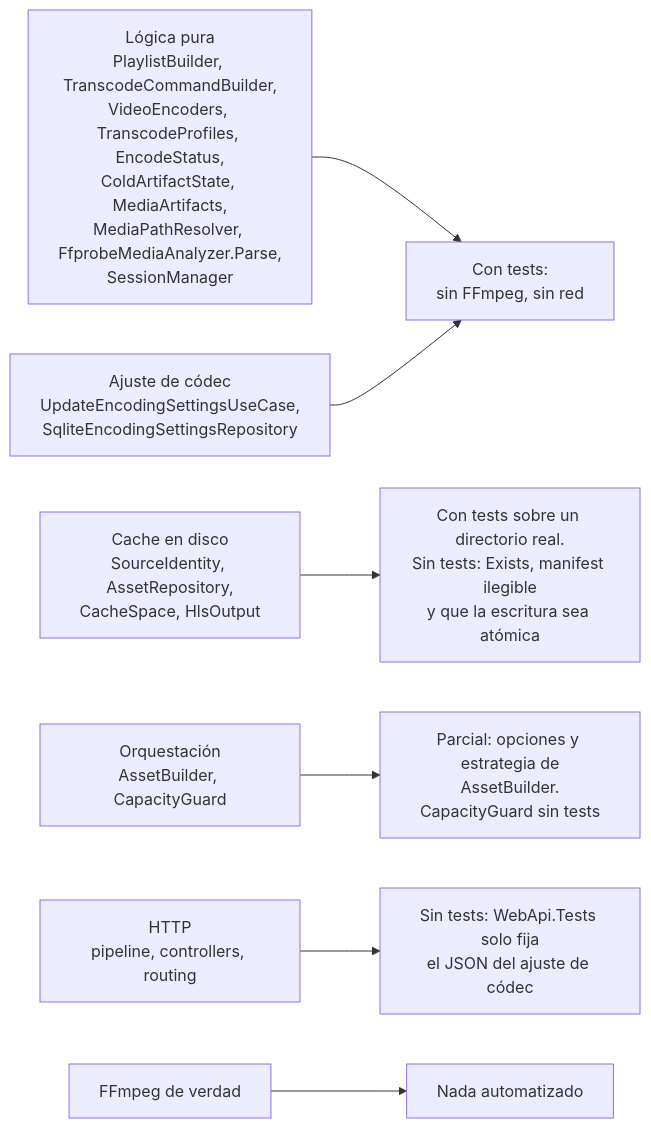
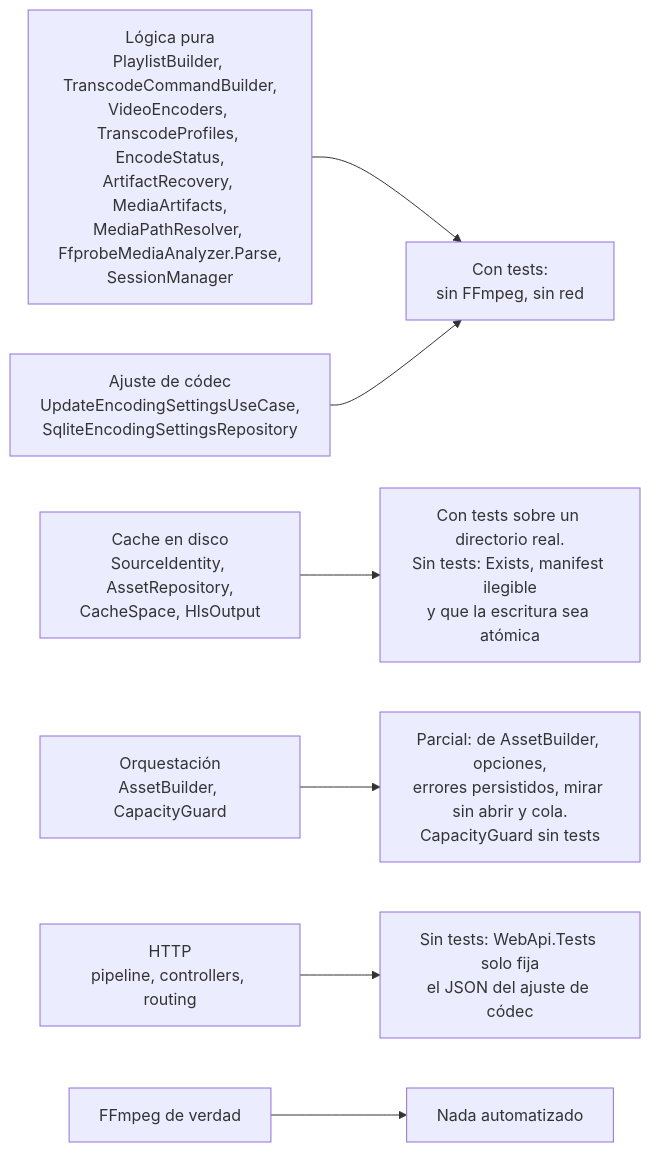
Diagram 15 of 15 in system_arquitecture.md (Juan045/home-stream-app), drawn with Mermaid before and after one commit. The commit also changed other lines of this file and 35 other files, not shown here.

````diff
--- a/system_arquitecture.md
+++ b/system_arquitecture.md
@@ -848,9 +883,9 @@
 ```mermaid
 flowchart LR
-    PURA["Lógica pura<br/>PlaylistBuilder, TranscodeCommandBuilder,<br/>VideoEncoders, TranscodeProfiles, EncodeStatus,<br/>ColdArtifactState, MediaArtifacts,<br/>MediaPathResolver, FfprobeMediaAnalyzer.Parse,<br/>SessionManager"] --> OK["Con tests:<br/>sin FFmpeg, sin red"]
+    PURA["Lógica pura<br/>PlaylistBuilder, TranscodeCommandBuilder,<br/>VideoEncoders, TranscodeProfiles, EncodeStatus,<br/>ArtifactRecovery, MediaArtifacts,<br/>MediaPathResolver, FfprobeMediaAnalyzer.Parse,<br/>SessionManager"] --> OK["Con tests:<br/>sin FFmpeg, sin red"]
     AJUSTE["Ajuste de códec<br/>UpdateEncodingSettingsUseCase,<br/>SqliteEncodingSettingsRepository"] --> OK
     CACHE["Cache en disco<br/>SourceIdentity, AssetRepository,<br/>CacheSpace, HlsOutput"] --> OK2["Con tests sobre un directorio real.<br/>Sin tests: Exists, manifest ilegible<br/>y que la escritura sea atómica"]
-    ORQ["Orquestación<br/>AssetBuilder, CapacityGuard"] --> NO1["Parcial: opciones y estrategia de<br/>AssetBuilder.<br/>CapacityGuard sin tests"]
+    ORQ["Orquestación<br/>AssetBuilder, CapacityGuard"] --> NO1["Parcial: de AssetBuilder, opciones,<br/>errores persistidos, mirar sin abrir y cola.<br/>CapacityGuard sin tests"]
     HTTP["HTTP<br/>pipeline, controllers, routing"] --> NO2["Sin tests: WebApi.Tests solo fija<br/>el JSON del ajuste de códec"]
     REAL["FFmpeg de verdad"] --> NO3["Nada automatizado"]
 ```
````
